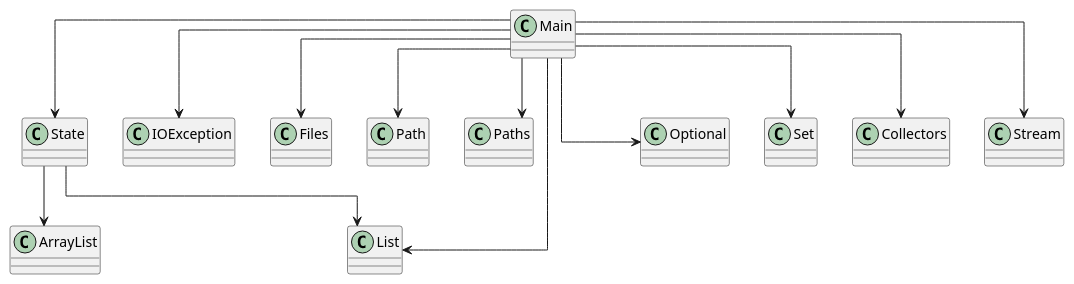
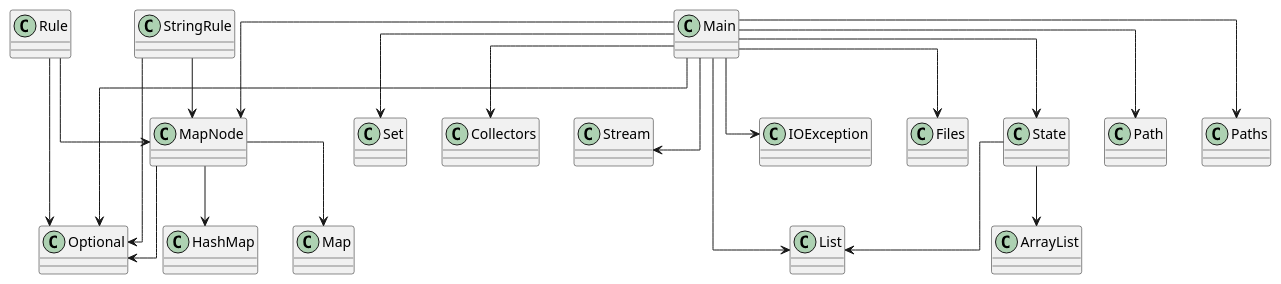
The diagram in diagram.puml (Magma-Foundation/Magma), drawn with PlantUML before and after one commit. The commit also changed 4 other files, not shown here.

```diff
--- a/diagram.puml
+++ b/diagram.puml
@@ -1,17 +1,28 @@
 @startuml
 skinparam linetype ortho
 class Main
+Main --> MapNode
 Main --> State
 Main --> IOException
 Main --> Files
 Main --> Path
 Main --> Paths
 Main --> List
 Main --> Optional
 Main --> Set
 Main --> Collectors
 Main --> Stream
+class Rule
+Rule --> MapNode
+Rule --> Optional
+class MapNode
+MapNode --> HashMap
+MapNode --> Map
+MapNode --> Optional
 class State
 State --> ArrayList
 State --> List
+class StringRule
+StringRule --> MapNode
+StringRule --> Optional
 @enduml
```
